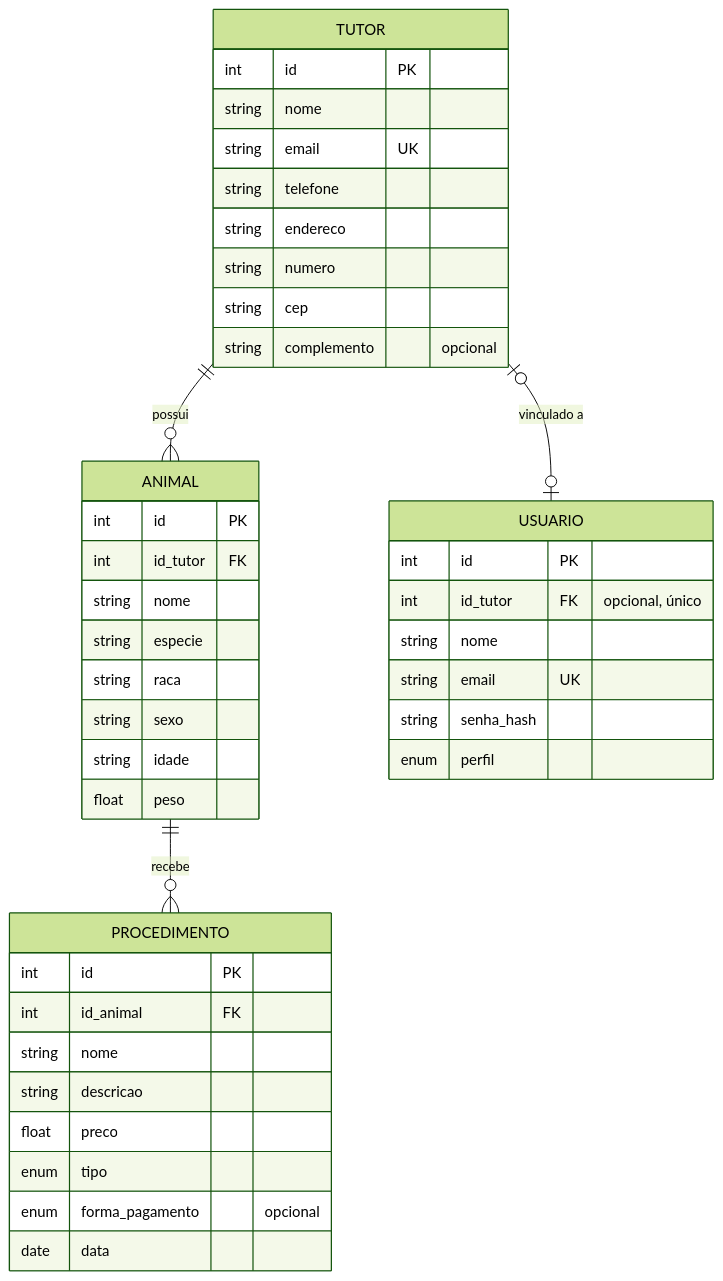
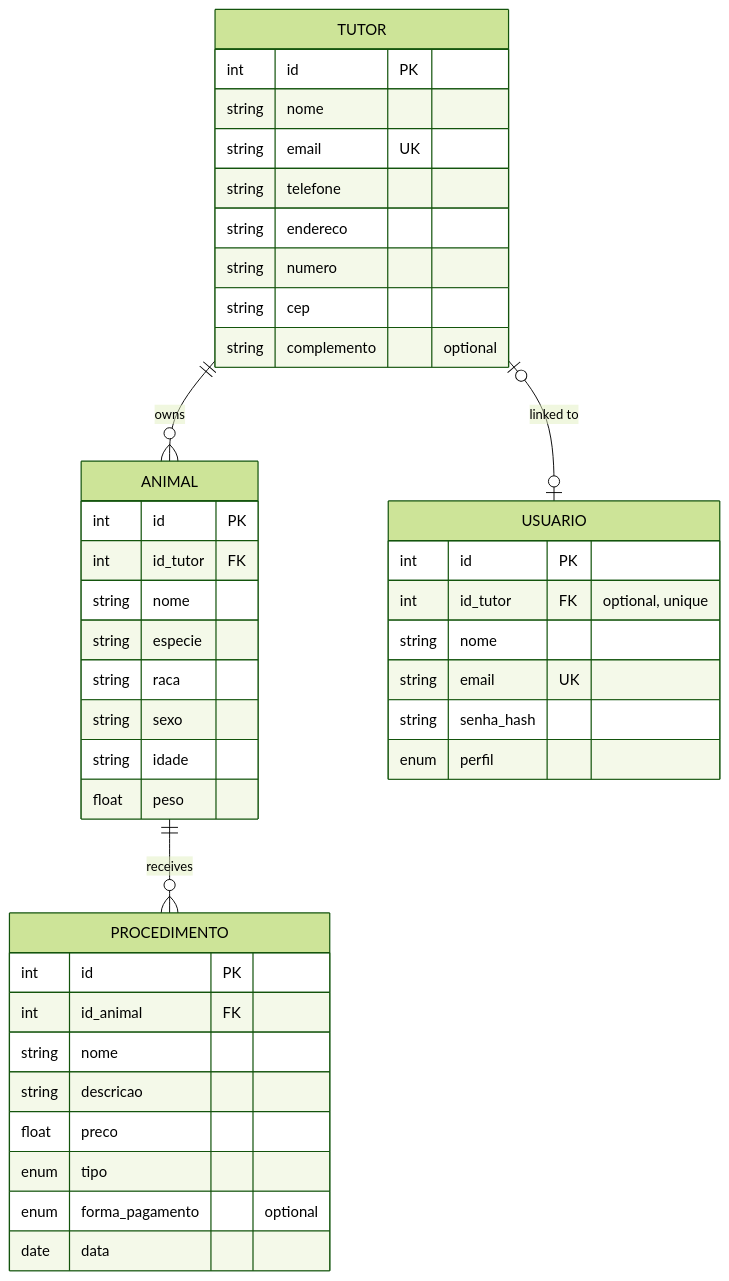
The diagram in README.md (0xluangabriel/vetsys-api), drawn with Mermaid (forest theme) before and after one commit. The commit also changed other lines of this file, not shown here.

````diff
--- a/README.md
+++ b/README.md
@@ -39,45 +53,45 @@
 ```mermaid
 erDiagram
-    TUTOR ||--o{ ANIMAL : possui
-    ANIMAL ||--o{ PROCEDIMENTO : recebe
-    TUTOR |o--o| USUARIO : "vinculado a"
+    TUTOR ||--o{ ANIMAL : owns
+    ANIMAL ||--o{ PROCEDIMENTO : receives
+    TUTOR |o--o| USUARIO : "linked to"
 
     TUTOR {
         int id PK
         string nome
         string email UK
         string telefone
         string endereco
         string numero
         string cep
-        string complemento "opcional"
+        string complemento "optional"
     }
     ANIMAL {
         int id PK
         int id_tutor FK
         string nome
         string especie
         string raca
         string sexo
         string idade
         float peso
     }
     PROCEDIMENTO {
         int id PK
         int id_animal FK
         string nome
         string descricao
         float preco
         enum tipo
-        enum forma_pagamento "opcional"
+        enum forma_pagamento "optional"
         date data
     }
     USUARIO {
         int id PK
-        int id_tutor FK "opcional, único"
+        int id_tutor FK "optional, unique"
         string nome
         string email UK
         string senha_hash
         enum perfil
     }
 ```
````
